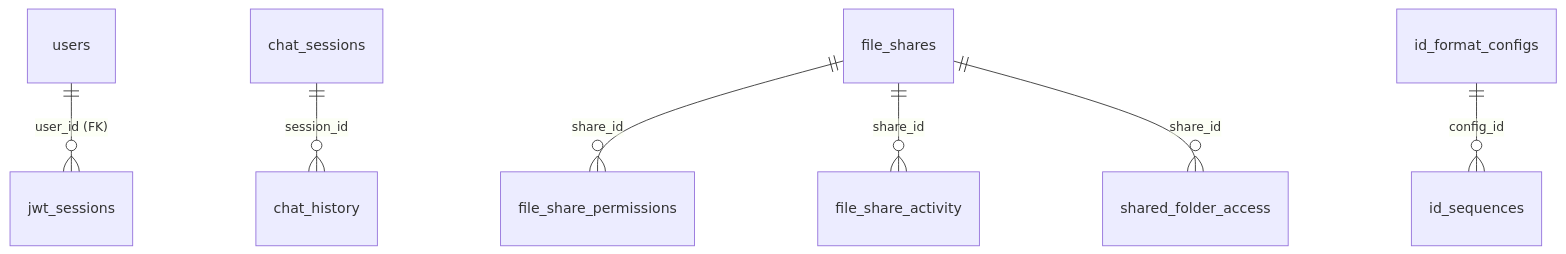
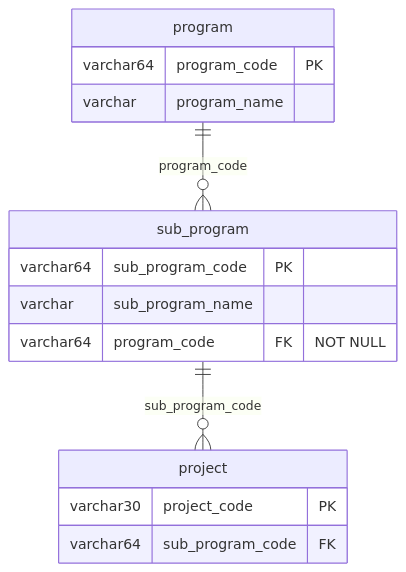
One commit to A-team-ITBS/fims-nha changed diagram 19 of 36 in system_docs/ERD/README.md. Above: the diagram before and after it, drawn with Mermaid. The commit also changed other lines of this file and 2 other files, not shown here.

First line of the commit message:
Add comprehensive process flow documentation for FIMS NHA system

````diff
--- a/system_docs/ERD/README.md
+++ b/system_docs/ERD/README.md
@@ -100,9 +1305,18 @@
 ```mermaid
 erDiagram
-    users ||--o{ jwt_sessions : "user_id (FK)"
-    chat_sessions ||--o{ chat_history : "session_id"
-    file_shares ||--o{ file_share_permissions : "share_id"
-    file_shares ||--o{ file_share_activity : "share_id"
-    file_shares ||--o{ shared_folder_access : "share_id"
-    id_format_configs ||--o{ id_sequences : "config_id"
+    program ||--o{ sub_program : "program_code"
+    sub_program ||--o{ project : "sub_program_code"
+    program {
+        varchar64 program_code PK
+        varchar program_name
+    }
+    sub_program {
+        varchar64 sub_program_code PK
+        varchar sub_program_name
+        varchar64 program_code FK "NOT NULL"
+    }
+    project {
+        varchar30 project_code PK
+        varchar64 sub_program_code FK
+    }
 ```
````
